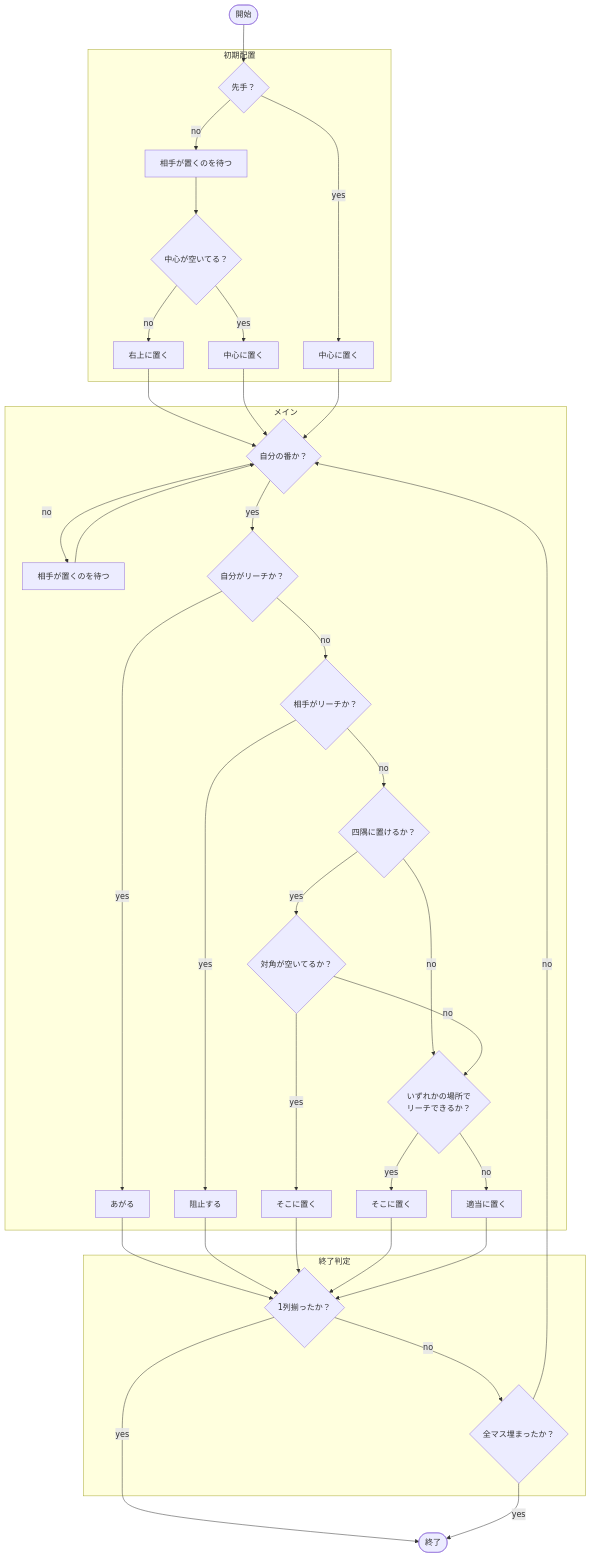
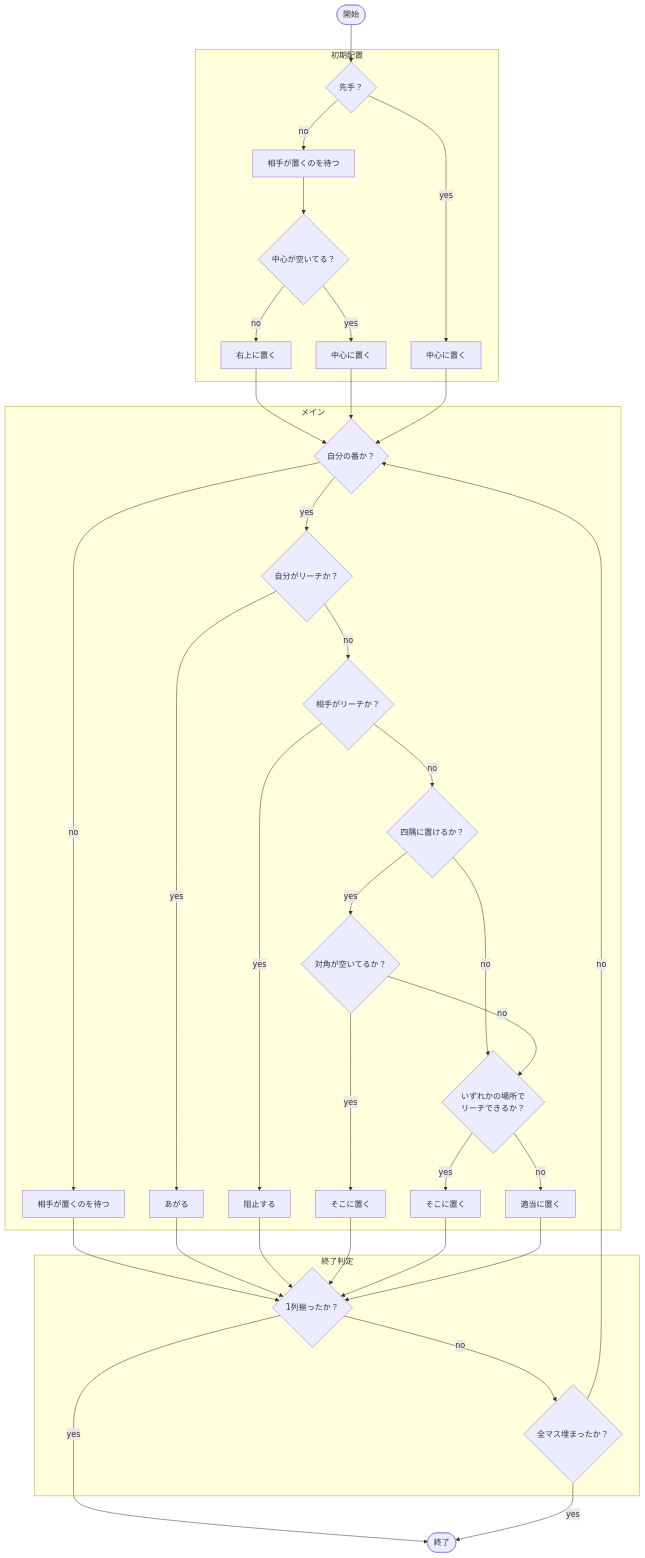
One commit to tpu-game-2023/mermaid_test changed the diagram in mermaid_test.md. Above: the diagram before and after it, drawn with Mermaid.

````diff
--- a/mermaid_test.md
+++ b/mermaid_test.md
@@ -6,51 +6,51 @@
 ```mermaid
 flowchart TD;
 start([開始]) --> Q1{"先手？"};
 
 subgraph "初期配置"
   Q1 -- yes --> f1[中心に置く];
   Q1 -- no --> f2[相手が置くのを待つ];
   f2 --> Q2{"中心が空いてる？"};
   Q2 -- yes --> f3[中心に置く];
   Q2 -- no --> f4[右上に置く];
 end
 
 f4 --> Q3{"自分の番か？"};
 f3 --> Q3;
 f1 --> Q3;
 
 subgraph "メイン"
   Q3 -- no --> m1[相手が置くのを待つ];
-  m1 --> Q3;
   
   Q3 -- yes --> Q4{"自分がリーチか？"};
   Q4 -- yes --> m2[あがる];
   Q4 -- no --> Q5{"相手がリーチか？"};
   Q5 -- yes --> m3[阻止する];
   
   Q5 -- no --> Q6{"四隅に置けるか？"};
   Q6 -- yes --> Q7{"対角が空いてるか？"};
   Q7 -- yes --> m4[そこに置く];
   
   Q6 -- no --> Q8{"いずれかの場所で
                    リーチできるか？"};
   Q7 -- no --> Q8;
   
   Q8 -- yes --> m5[そこに置く];
   Q8 -- no --> m6[適当に置く];
 end
 
+m1 --> Q9{"1列揃ったか？"};
 m2 --> Q9;
 m3 --> Q9;
 m4 --> Q9;
 m5 --> Q9;
 m6 --> Q9;
 
 subgraph "終了判定"
   Q9 -- no --> Q10{"全マス埋まったか？"};
   Q10 -- no --> Q3;
 end
 
-Q9{"1列揃ったか？"} -- yes --> finish([終了])
+Q9 -- yes --> finish([終了])
 Q10 -- yes --> finish;
 ```
````
